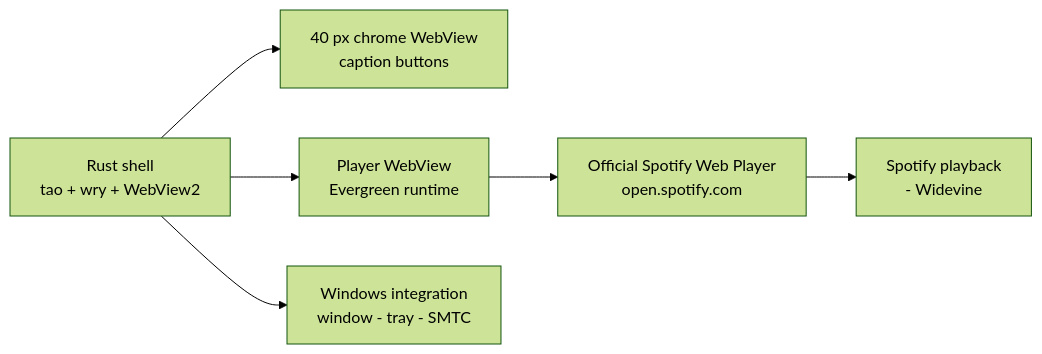
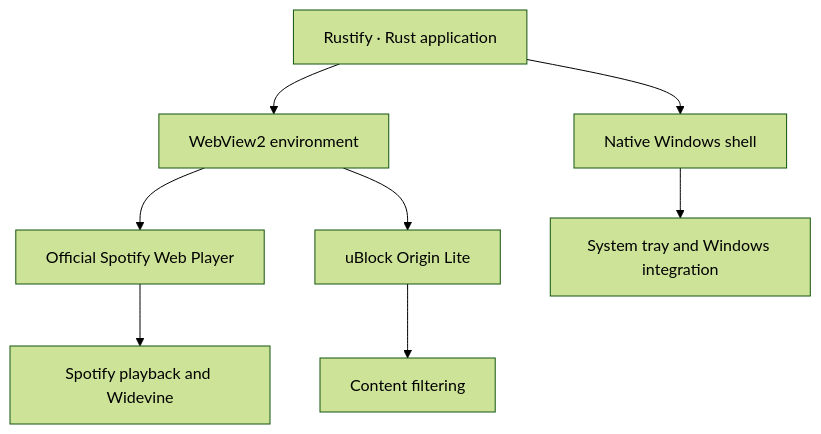
One commit to new-Sinote/Rustify changed the diagram in README.md. Above: the diagram before and after it, drawn with Mermaid (forest theme). The commit also changed other lines of this file, not shown here.

First line of the commit message:
Revise README for Rustify v0.3.0 updates

````diff
--- a/README.md
+++ b/README.md
@@ -122,15 +163,10 @@
 ```mermaid
-flowchart LR
-    shell["Rust shell<br/>tao + wry + WebView2"]
-    bar["40 px chrome WebView<br/>caption buttons"]
-    webview["Player WebView<br/>Evergreen runtime"]
-    page["Official Spotify Web Player<br/>open.spotify.com"]
-    media["Spotify playback<br/> - Widevine"]
-    windows["Windows integration<br/>window - tray - SMTC"]
-
-    shell --> bar
-    shell --> webview
-    webview --> page
-    page --> media
-    shell --> windows
+flowchart TD
+    A["Rustify · Rust application"] --> B["Native Windows shell"]
+    A --> C["WebView2 environment"]
+    C --> D["Official Spotify Web Player"]
+    C --> E["uBlock Origin Lite"]
+    D --> F["Spotify playback and Widevine"]
+    B --> G["System tray and Windows integration"]
+    E --> H["Content filtering"]
 ```
````
